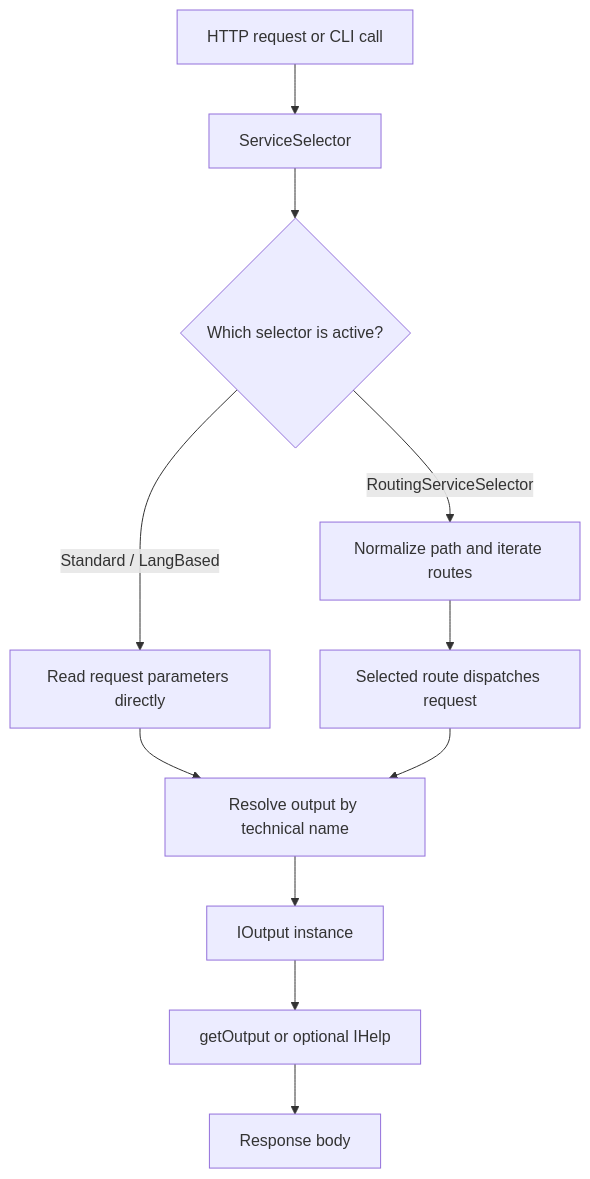
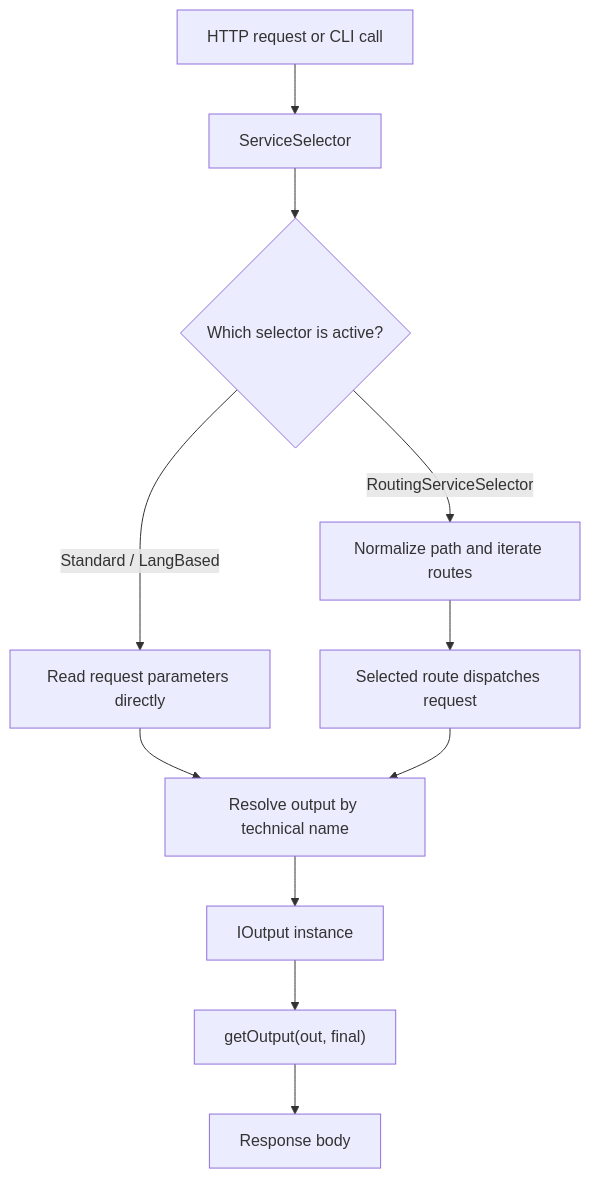
One commit to ddbase3/Base3Framework changed the first of 14 diagrams in docs/routing.md. Above: the diagram before and after it, drawn with Mermaid. The commit also changed other lines of this file and 6 other files, not shown here.

````diff
--- a/docs/routing.md
+++ b/docs/routing.md
@@ -146,13 +144,13 @@
 ```mermaid
 flowchart TD
 	A["HTTP request or CLI call"] --> B["ServiceSelector"]
 	B --> C{"Which selector is active?"}
 	C -->|"Standard / LangBased"| D["Read request parameters directly"]
 	C -->|"RoutingServiceSelector"| E["Normalize path and iterate routes"]
 	D --> F["Resolve output by technical name"]
 	E --> G["Selected route dispatches request"]
 	G --> F
 	F --> H["IOutput instance"]
-	H --> I["getOutput or optional IHelp"]
+	H --> I["getOutput(out, final)"]
 	I --> J["Response body"]
 ```
````
